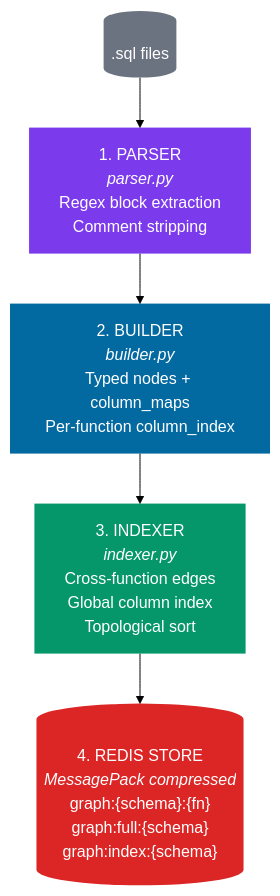
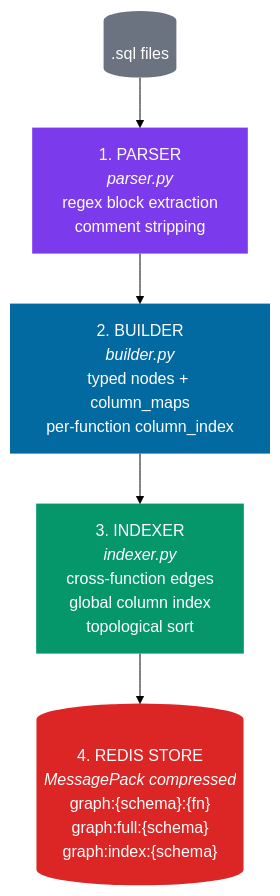
Before and after one commit to OsamaAdeel/R-TIE: the fourth of 9 diagrams in README.md, drawn with Mermaid (forest theme). The commit also changed other lines of this file, not shown here.

````diff
--- a/README.md
+++ b/README.md
@@ -343,16 +484,16 @@
 ```mermaid
 flowchart TD
     SQL[(".sql files")]
-    P["1. PARSER<br/><i>parser.py</i><br/>Regex block extraction<br/>Comment stripping"]
-    B["2. BUILDER<br/><i>builder.py</i><br/>Typed nodes + column_maps<br/>Per-function column_index"]
-    I["3. INDEXER<br/><i>indexer.py</i><br/>Cross-function edges<br/>Global column index<br/>Topological sort"]
+    P["1. PARSER<br/><i>parser.py</i><br/>regex block extraction<br/>comment stripping"]
+    B["2. BUILDER<br/><i>builder.py</i><br/>typed nodes + column_maps<br/>per-function column_index"]
+    I["3. INDEXER<br/><i>indexer.py</i><br/>cross-function edges<br/>global column index<br/>topological sort"]
     R[("4. REDIS STORE<br/><i>MessagePack compressed</i><br/>graph:{schema}:{fn}<br/>graph:full:{schema}<br/>graph:index:{schema}")]
 
     SQL --> P --> B --> I --> R
 
     style SQL fill:#6b7280,color:#fff,stroke:none
     style P fill:#7c3aed,color:#fff,stroke:none
     style B fill:#0369a1,color:#fff,stroke:none
     style I fill:#059669,color:#fff,stroke:none
     style R fill:#dc2626,color:#fff,stroke:none
 ```
````
